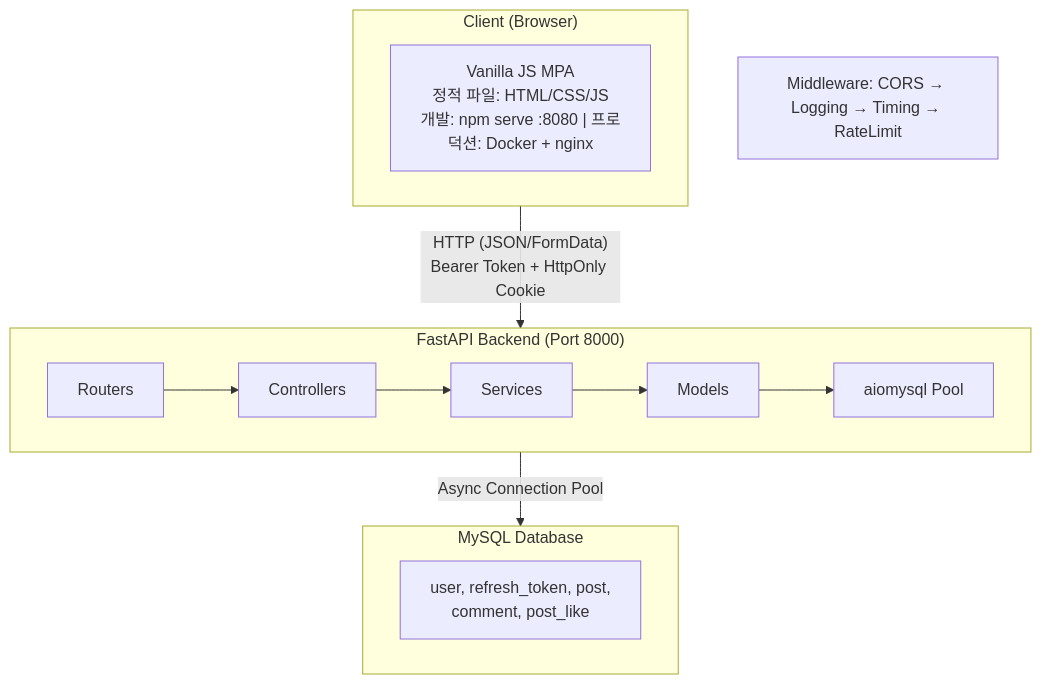
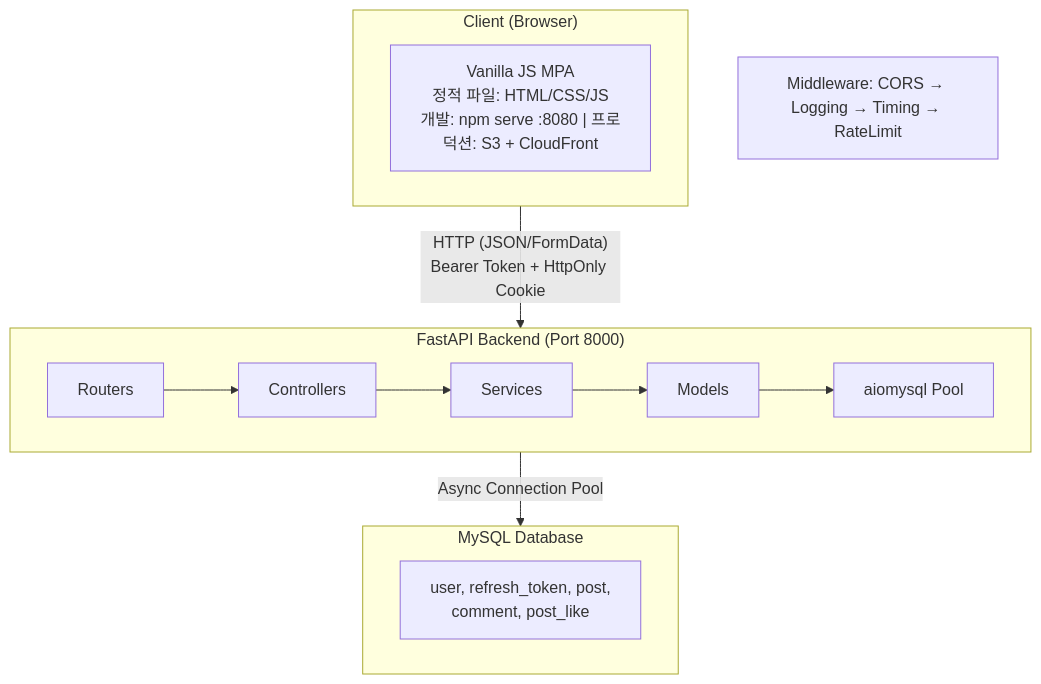
One commit to revenantonthemission/2-cho-community-fe changed the first of 3 diagrams in README.md. Above: the diagram before and after it, drawn with Mermaid. The commit also changed other lines of this file, not shown here.

````diff
--- a/README.md
+++ b/README.md
@@ -62,21 +62,21 @@
 ```mermaid
 flowchart TD
     subgraph Client["Client (Browser)"]
-        FE["Vanilla JS MPA<br/>정적 파일: HTML/CSS/JS<br/>개발: npm serve :8080 | 프로덕션: Docker + nginx"]
+        FE["Vanilla JS MPA<br/>정적 파일: HTML/CSS/JS<br/>개발: npm serve :8080 | 프로덕션: S3 + CloudFront"]
     end
 
     Client -->|"HTTP (JSON/FormData)<br/>Bearer Token + HttpOnly Cookie"| Backend
 
     subgraph Backend["FastAPI Backend (Port 8000)"]
         direction LR
         Routers --> Controllers --> Services --> Models --> Pool["aiomysql Pool"]
     end
 
     note["Middleware: CORS → Logging → Timing → RateLimit"]
 
     Backend -->|"Async Connection Pool"| DB
 
     subgraph DB["MySQL Database"]
         Tables["user, refresh_token, post,<br/>comment, post_like"]
     end
 ```
````
